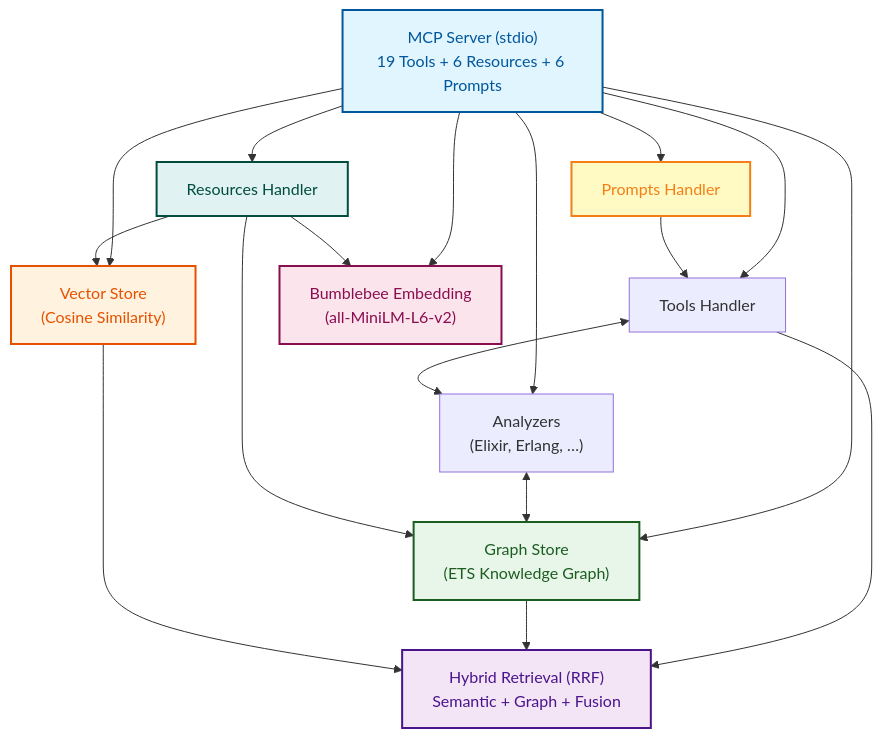
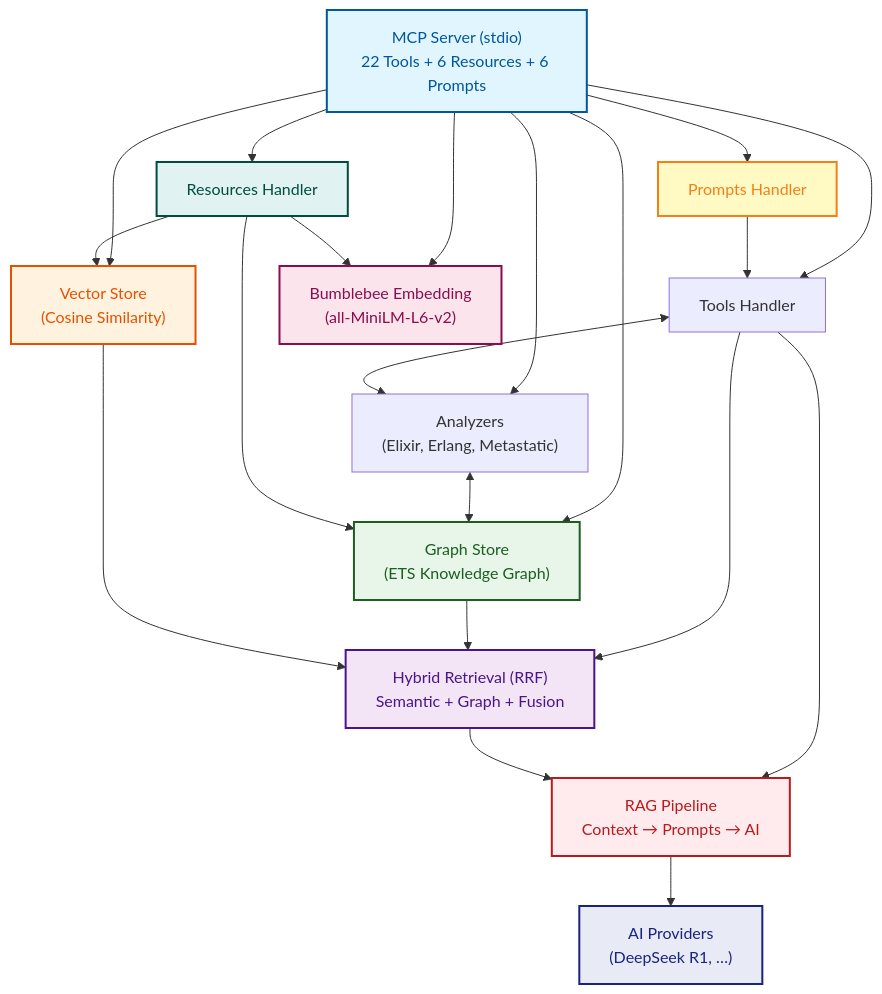
Before and after one commit to Oeditus/ragex: the diagram in README.md, drawn with Mermaid. The commit also changed other lines of this file and 3 other files, not shown here.

````diff
--- a/README.md
+++ b/README.md
@@ -203,31 +234,37 @@
 ```mermaid
 graph TD
-    MCP["MCP Server (stdio)<br/>19 Tools + 6 Resources + 6 Prompts"]
+    MCP["MCP Server (stdio)<br/>22 Tools + 6 Resources + 6 Prompts"]
     
     MCP --> Tools["Tools Handler"]
     MCP --> Resources["Resources Handler"]
     MCP --> Prompts["Prompts Handler"]
-    MCP --> Analyzers["Analyzers<br/>(Elixir, Erlang, …)"]
+    MCP --> Analyzers["Analyzers<br/>(Elixir, Erlang, Metastatic)"]
     MCP --> Graph["Graph Store<br/>(ETS Knowledge Graph)"]
     MCP --> Vector["Vector Store<br/>(Cosine Similarity)"]
     MCP --> Bumblebee["Bumblebee Embedding<br/>(all-MiniLM-L6-v2)"]
     
     Tools <--> Analyzers
     Analyzers <--> Graph
     Resources --> Graph
     Resources --> Vector
     Resources --> Bumblebee
     Prompts --> Tools
     
     Tools --> Hybrid["Hybrid Retrieval (RRF)<br/>Semantic + Graph + Fusion"]
     Graph --> Hybrid
     Vector --> Hybrid
     
+    Tools --> RAG["RAG Pipeline<br/>Context → Prompts → AI"]
+    Hybrid --> RAG
+    RAG --> AIProvider["AI Providers<br/>(DeepSeek R1, …)"]
+    
     style MCP fill:#e1f5ff,color:#01579b,stroke:#01579b,stroke-width:2px
     style Hybrid fill:#f3e5f5,color:#4a148c,stroke:#4a148c,stroke-width:2px
     style Graph fill:#e8f5e9,color:#1b5e20,stroke:#1b5e20,stroke-width:2px
     style Vector fill:#fff3e0,color:#e65100,stroke:#e65100,stroke-width:2px
     style Bumblebee fill:#fce4ec,color:#880e4f,stroke:#880e4f,stroke-width:2px
     style Resources fill:#e0f2f1,color:#004d40,stroke:#004d40,stroke-width:2px
     style Prompts fill:#fff9c4,color:#f57f17,stroke:#f57f17,stroke-width:2px
+    style RAG fill:#ffebee,color:#b71c1c,stroke:#b71c1c,stroke-width:2px
+    style AIProvider fill:#e8eaf6,color:#1a237e,stroke:#1a237e,stroke-width:2px
 ```
````
